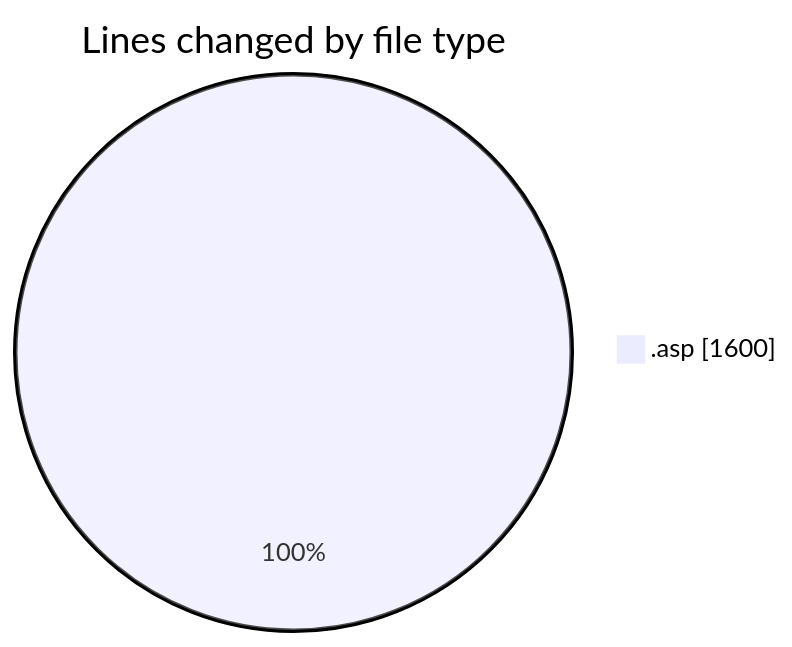
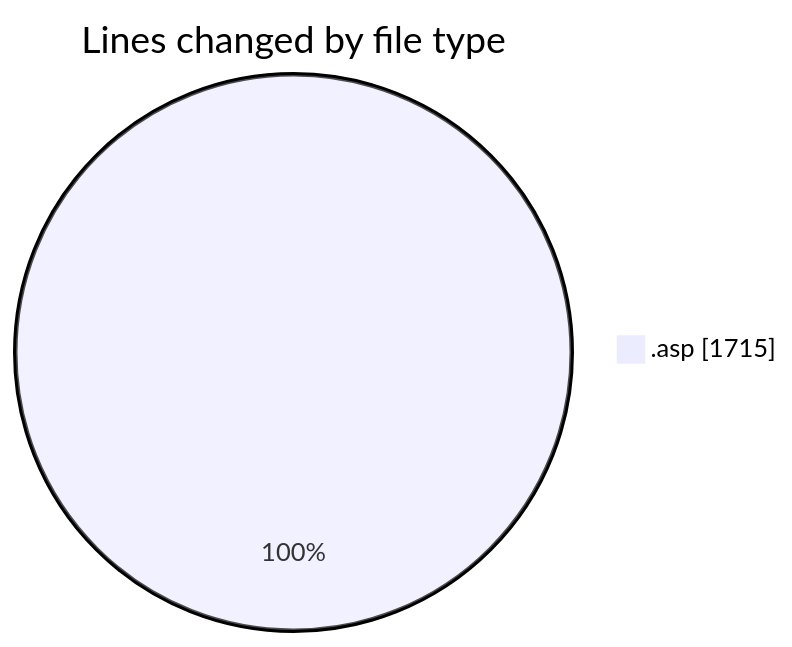
The first of 2 diagrams in 2025-10-10/cdp_aleoudev_fr__workspace_/README.md (julien-gomy/code-tracking), drawn with Mermaid before and after one commit. The commit also changed other lines of this file and 1 other file, not shown here.

````diff
--- a/2025-10-10/cdp_aleoudev_fr__workspace_/README.md
+++ b/2025-10-10/cdp_aleoudev_fr__workspace_/README.md
@@ -21,5 +21,5 @@
 ```mermaid
 pie showData
 title Lines changed by file type
-".asp" : 1600
+".asp" : 1715
 ```
````
